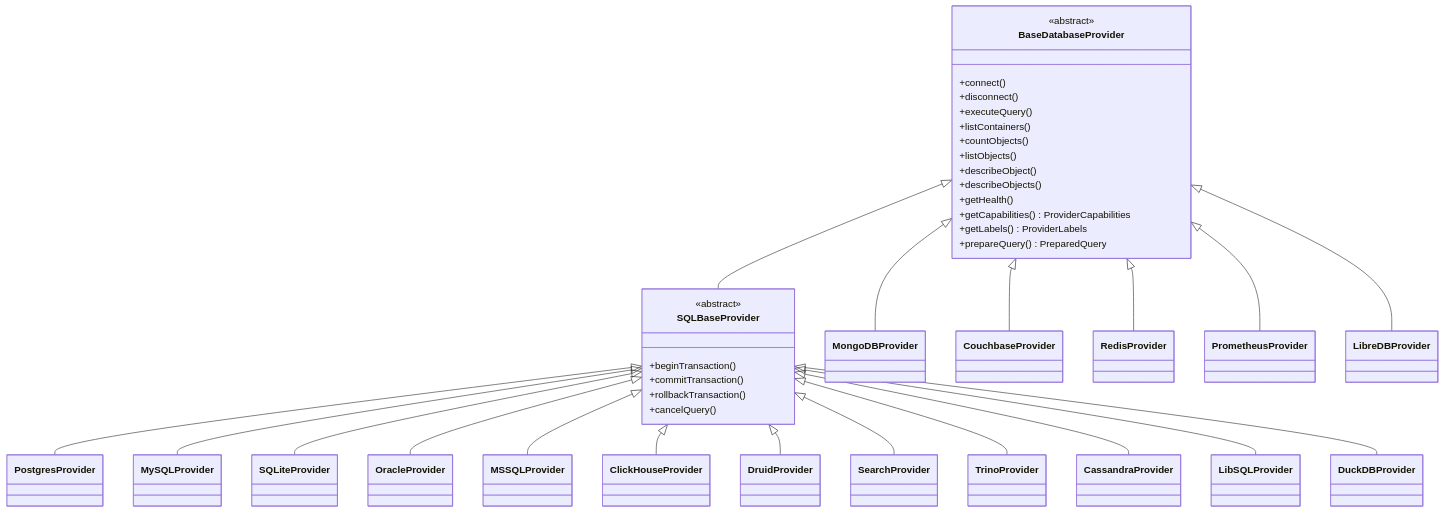
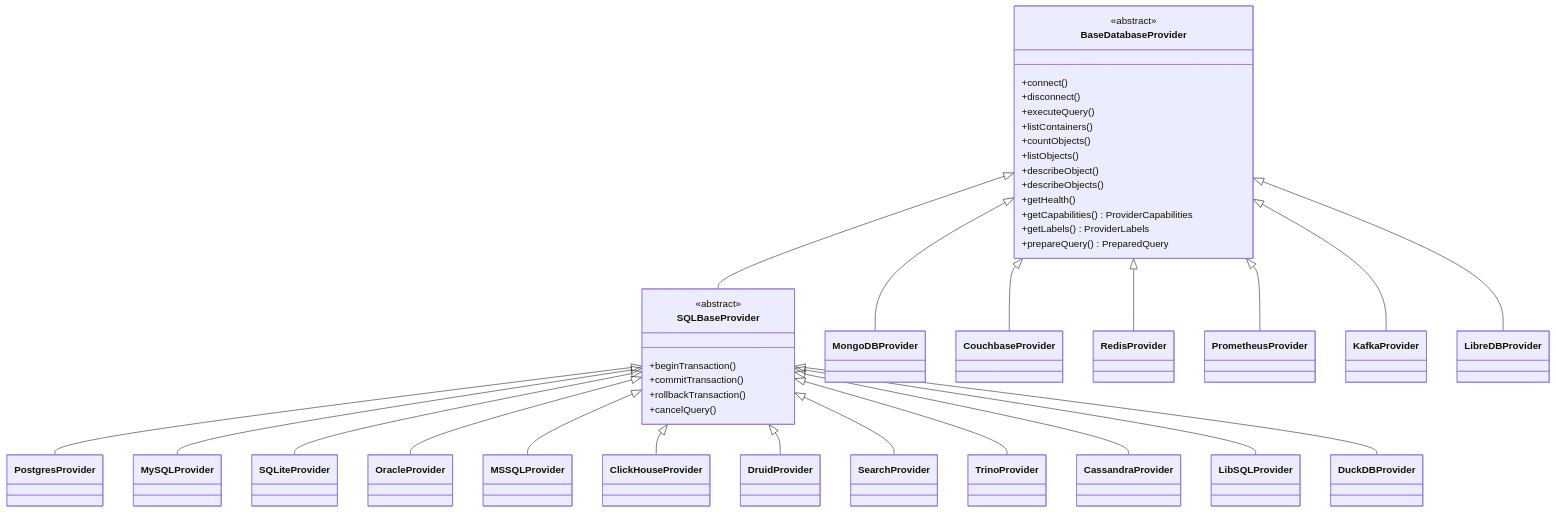
Before and after one commit to Roberton003/libredb-studio: the second of 3 diagrams in docs/ARCHITECTURE.md, drawn with Mermaid. The commit also changed other lines of this file and 287 other files, not shown here.

````diff
--- a/docs/ARCHITECTURE.md
+++ b/docs/ARCHITECTURE.md
@@ -81,46 +83,47 @@
 ```mermaid
 classDiagram
     class BaseDatabaseProvider {
         <<abstract>>
         +connect()
         +disconnect()
         +executeQuery()
         +listContainers()
         +countObjects()
         +listObjects()
         +describeObject()
         +describeObjects()
         +getHealth()
         +getCapabilities() ProviderCapabilities
         +getLabels() ProviderLabels
         +prepareQuery() PreparedQuery
     }
 
     class SQLBaseProvider {
         <<abstract>>
         +beginTransaction()
         +commitTransaction()
         +rollbackTransaction()
         +cancelQuery()
     }
 
     BaseDatabaseProvider <|-- SQLBaseProvider
     BaseDatabaseProvider <|-- MongoDBProvider
     BaseDatabaseProvider <|-- CouchbaseProvider
     BaseDatabaseProvider <|-- RedisProvider
     BaseDatabaseProvider <|-- PrometheusProvider
+    BaseDatabaseProvider <|-- KafkaProvider
     BaseDatabaseProvider <|-- LibreDBProvider
 
     SQLBaseProvider <|-- PostgresProvider
     SQLBaseProvider <|-- MySQLProvider
     SQLBaseProvider <|-- SQLiteProvider
     SQLBaseProvider <|-- OracleProvider
     SQLBaseProvider <|-- MSSQLProvider
     SQLBaseProvider <|-- ClickHouseProvider
     SQLBaseProvider <|-- DruidProvider
     SQLBaseProvider <|-- SearchProvider
     SQLBaseProvider <|-- TrinoProvider
     SQLBaseProvider <|-- CassandraProvider
     SQLBaseProvider <|-- LibSQLProvider
     SQLBaseProvider <|-- DuckDBProvider
 ```
````
